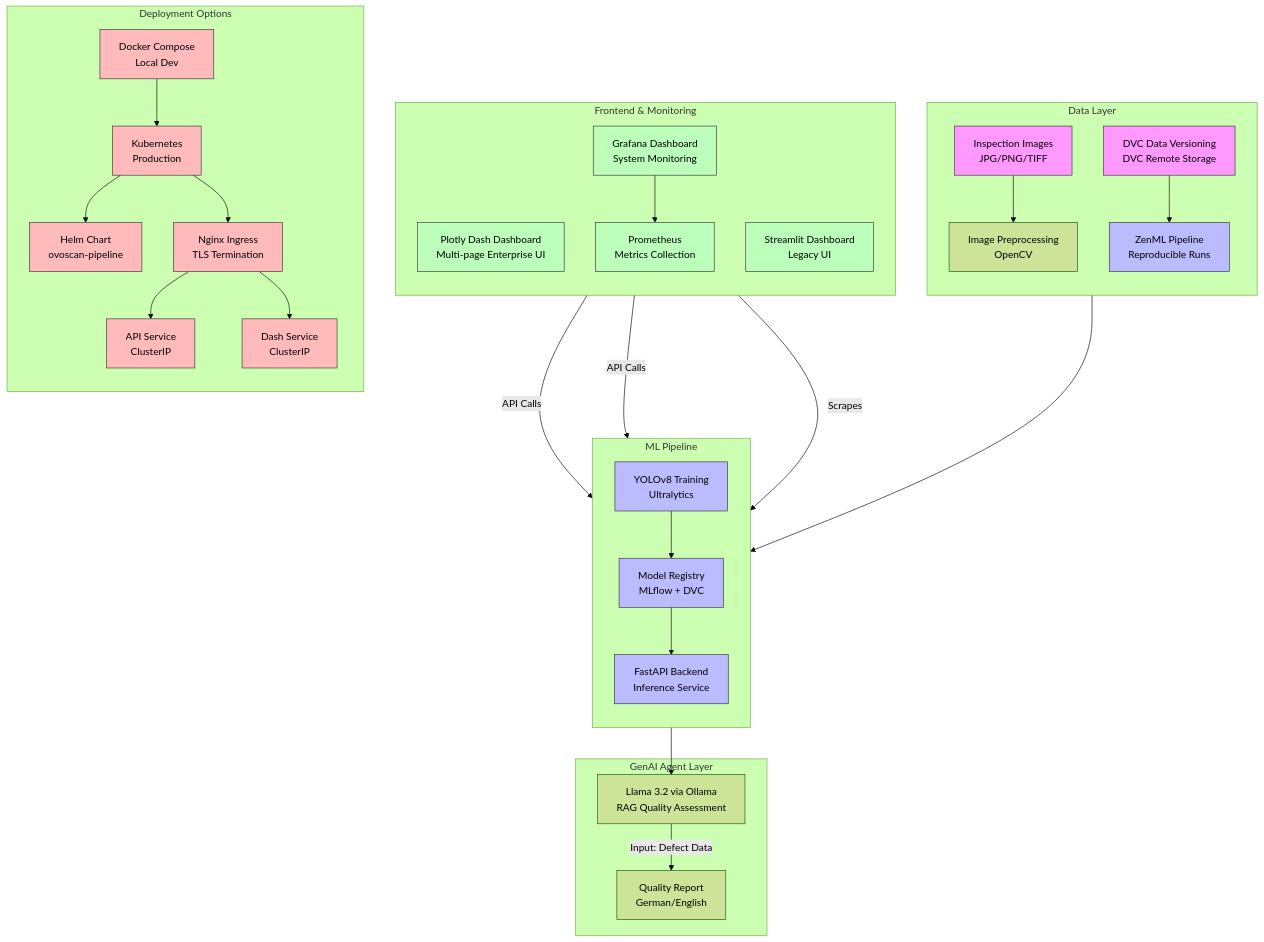
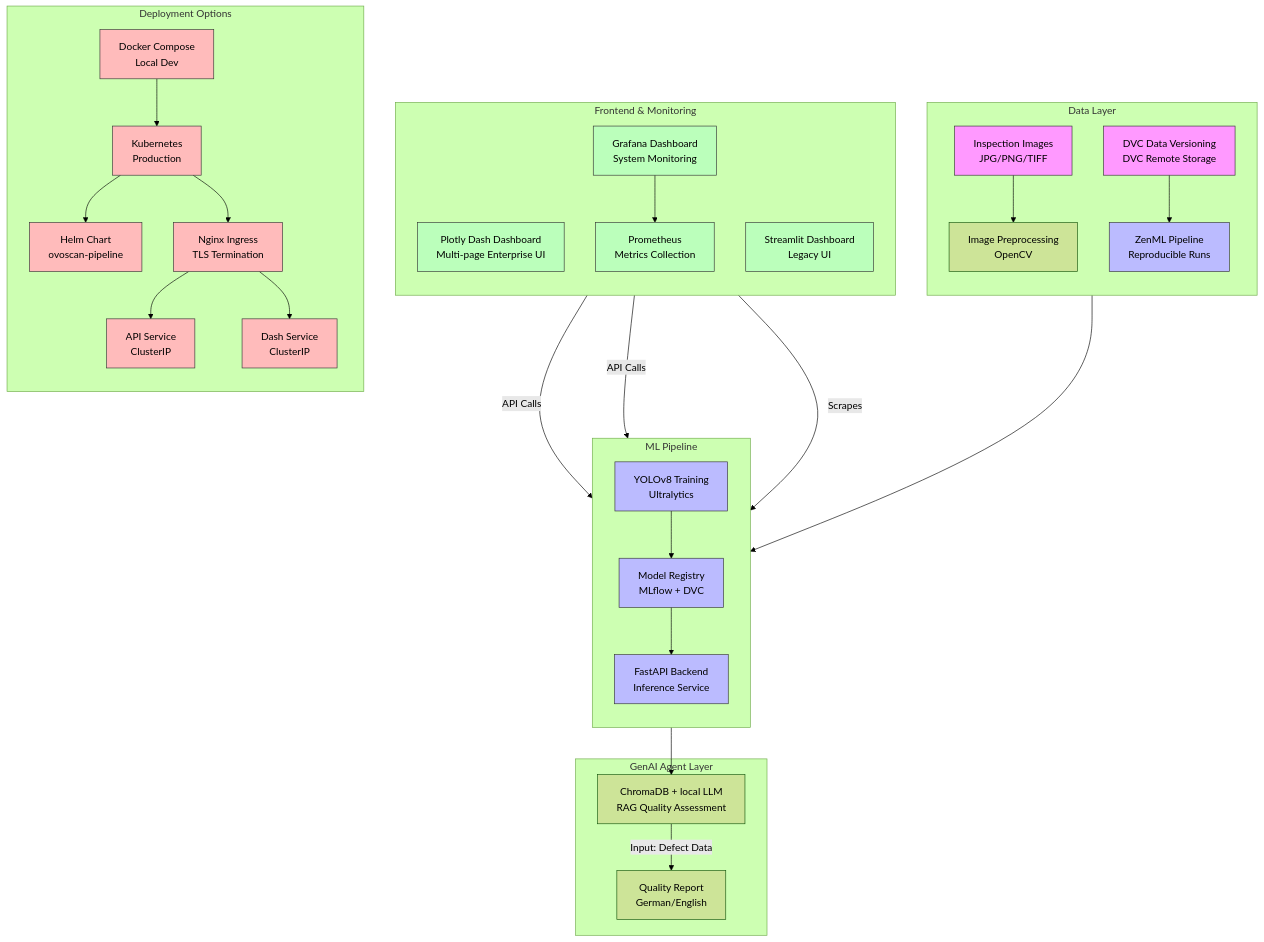
The diagram in README.md (ksnishat/ovoscan-pipeline), drawn with Mermaid (forest theme) before and after one commit. The commit also changed other lines of this file, not shown here.

First line of the commit message:
docs: correct the class list, model name and RAG description

````diff
--- a/README.md
+++ b/README.md
@@ -44,52 +44,52 @@
 ```mermaid
 graph TD
     %% Data Sources
     subgraph Data[Data Layer]
         direction TB
         Images[Inspection Images<br/>JPG/PNG/TIFF] --> Preprocessing[Image Preprocessing<br/>OpenCV]
         DVC_Data[DVC Data Versioning<br/>DVC Remote Storage] --> ZenML[ZenML Pipeline<br/>Reproducible Runs]
     end
     
     %% ML Pipeline
     subgraph ML_Pipeline[ML Pipeline]
         direction TB
         ZenML --> YOLO[YOLOv8 Training<br/>Ultralytics]
         YOLO --> Model_Registry[Model Registry<br/>MLflow + DVC]
         Model_Registry --> API_Backend[FastAPI Backend<br/>Inference Service]
     end
     
     %% GenAI Agent
     subgraph GenAI[GenAI Agent Layer]
-        Ollama[Llama 3.2 via Ollama<br/>RAG Quality Assessment] -->|Input: Defect Data| Report[Quality Report<br/>German/English]
+        Ollama[ChromaDB + local LLM<br/>RAG Quality Assessment] -->|Input: Defect Data| Report[Quality Report<br/>German/English]
         API_Backend --> Ollama
     end
     
     %% Frontend & Monitoring
     subgraph Frontend[Frontend & Monitoring]
         direction TB
         Dash[Plotly Dash Dashboard<br/>Multi-page Enterprise UI] -->|API Calls| API_Backend
         Streamlit[Streamlit Dashboard<br/>Legacy UI] -->|API Calls| API_Backend
         Grafana[Grafana Dashboard<br/>System Monitoring] --> Prometheus
         Prometheus[Prometheus<br/>Metrics Collection] -->|Scrapes| API_Backend
     end
     
     %% Deployment
     subgraph Deployment[Deployment Options]
         direction TB
         Docker[Docker Compose<br/>Local Dev] --> K8s[Kubernetes<br/>Production]
         K8s --> Helm[Helm Chart<br/>ovoscan-pipeline]
         K8s --> Ingress[Nginx Ingress<br/>TLS Termination]
         Ingress --> API_Service[API Service<br/>ClusterIP]
         Ingress --> Dash_Service[Dash Service<br/>ClusterIP]
     end
     
     %% Styling
     classDef data fill:#f9f,stroke:#333,stroke-width:1px;
     classDef ml fill:#bbf,stroke:#333,stroke-width:1px;
     classDef frontend fill:#bfb,stroke:#333,stroke-width:1px;
     classDef deploy fill:#fbb,stroke:#333,stroke-width:1px;
     class Images,DVC_Data data;
     class ZenML,YOLO,Model_Registry,API_Backend ml;
     class Dash,Streamlit,Grafana,Prometheus frontend;
     class Docker,K8s,Helm,Ingress,API_Service,Dash_Service deploy;
 ```
````
